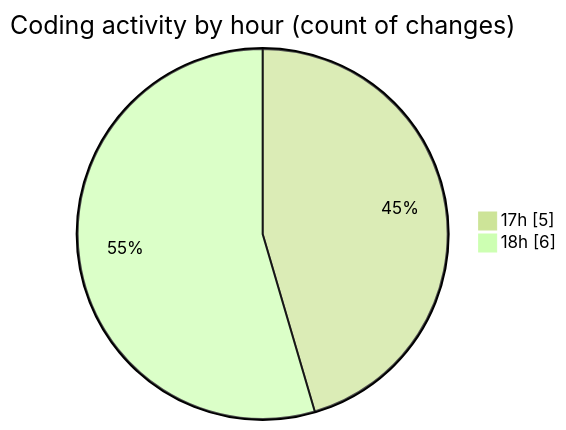
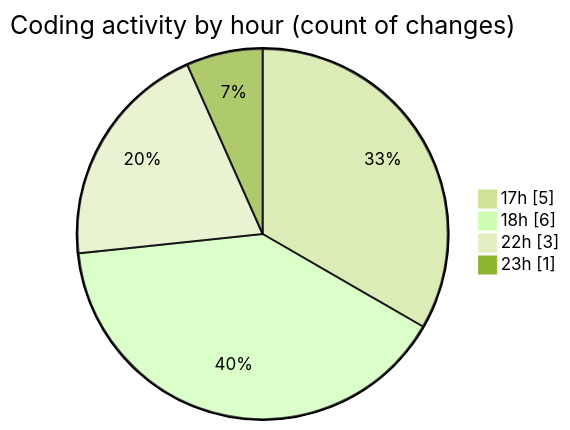
Before and after one commit to donsfak/code-tracking: the second of 2 diagrams in 2025-02-07/portofolio/README.md, drawn with Mermaid (forest theme). The commit also changed other lines of this file and 1 other file, not shown here.

````diff
--- a/2025-02-07/portofolio/README.md
+++ b/2025-02-07/portofolio/README.md
@@ -30,6 +30,8 @@
 ```mermaid
 pie showData
 title Coding activity by hour (count of changes)
 "17h" : 5
 "18h" : 6
+"22h" : 3
+"23h" : 1
 ```
````
